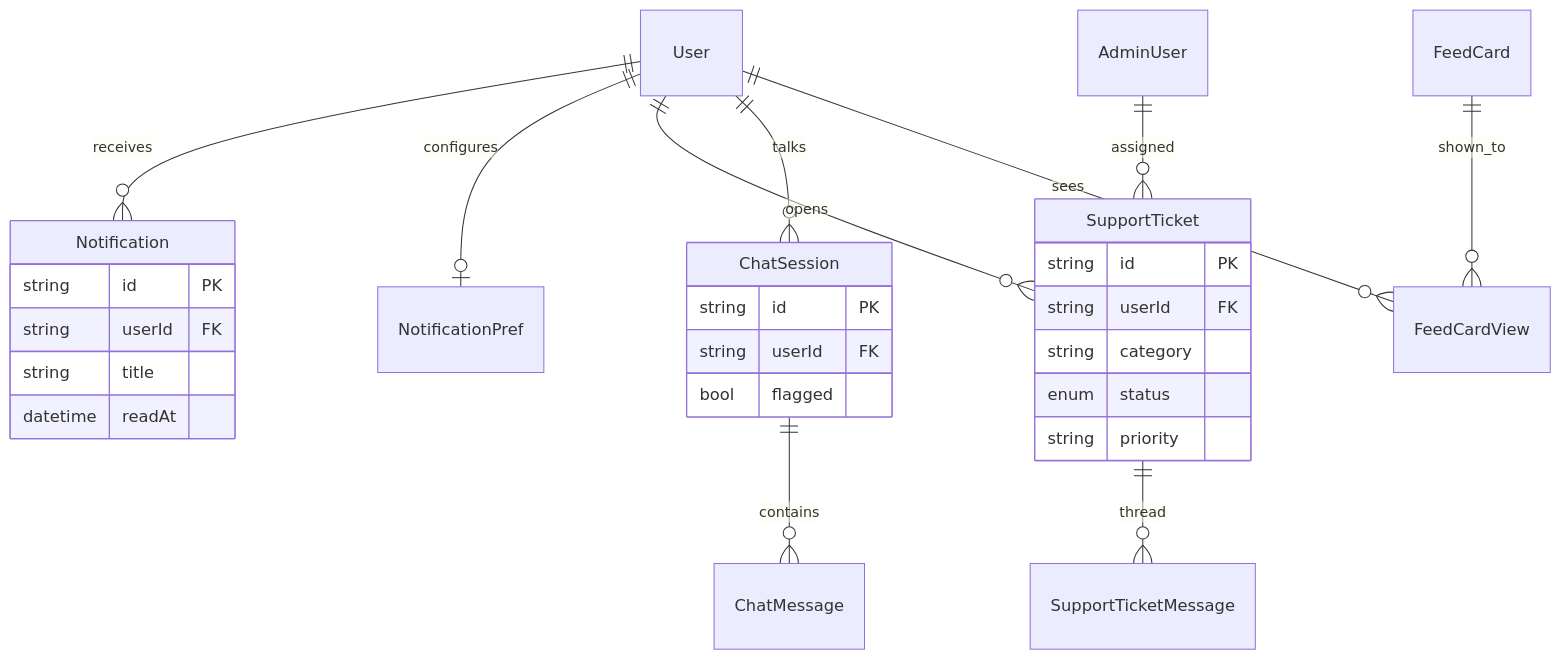
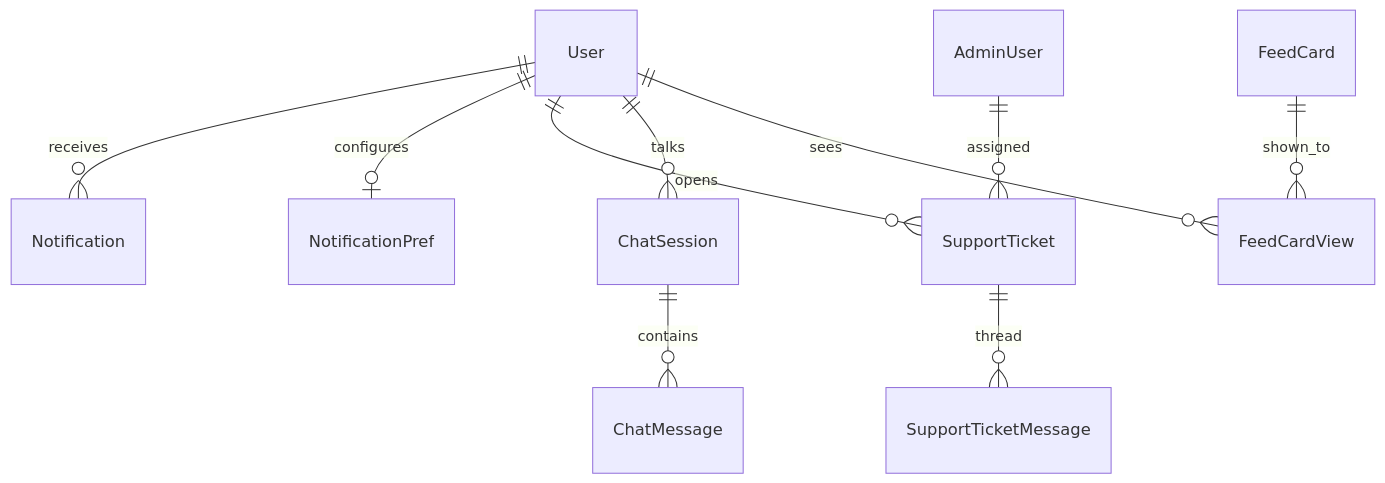
One commit to hafizsameer11/kipit-backend changed the seventh of 8 diagrams in docs/DATABASE.md. Above: the diagram before and after it, drawn with Mermaid. The commit also changed other lines of this file, not shown here.

Commit message:
Expand database docs with FK map, cardinality, and per-table schema.

````diff
--- a/docs/DATABASE.md
+++ b/docs/DATABASE.md
@@ -327,33 +333,12 @@
 ```mermaid
 erDiagram
   User ||--o{ Notification : receives
   User ||--o| NotificationPref : configures
   User ||--o{ SupportTicket : opens
   SupportTicket ||--o{ SupportTicketMessage : thread
   AdminUser ||--o{ SupportTicket : assigned
   User ||--o{ ChatSession : talks
   ChatSession ||--o{ ChatMessage : contains
   FeedCard ||--o{ FeedCardView : shown_to
   User ||--o{ FeedCardView : sees
-
-  Notification {
-    string id PK
-    string userId FK
-    string title
-    datetime readAt
-  }
-
-  SupportTicket {
-    string id PK
-    string userId FK
-    string category
-    enum status
-    string priority
-  }
-
-  ChatSession {
-    string id PK
-    string userId FK
-    bool flagged
-  }
 ```
````
